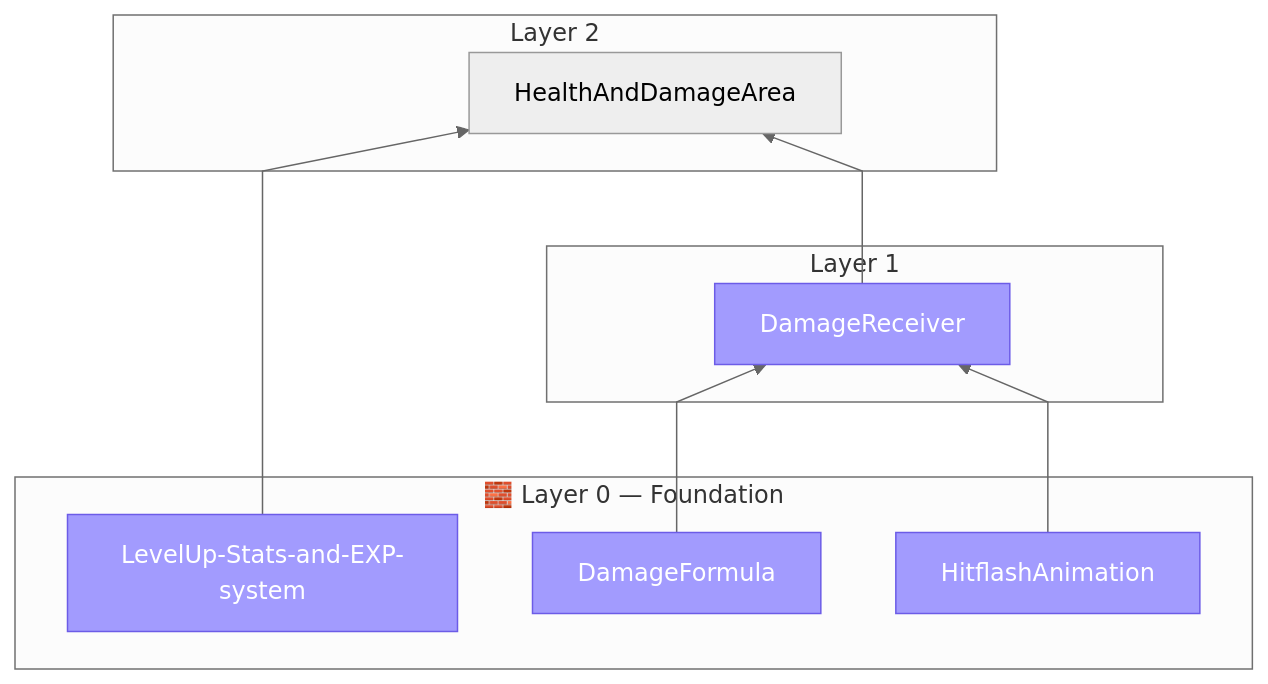
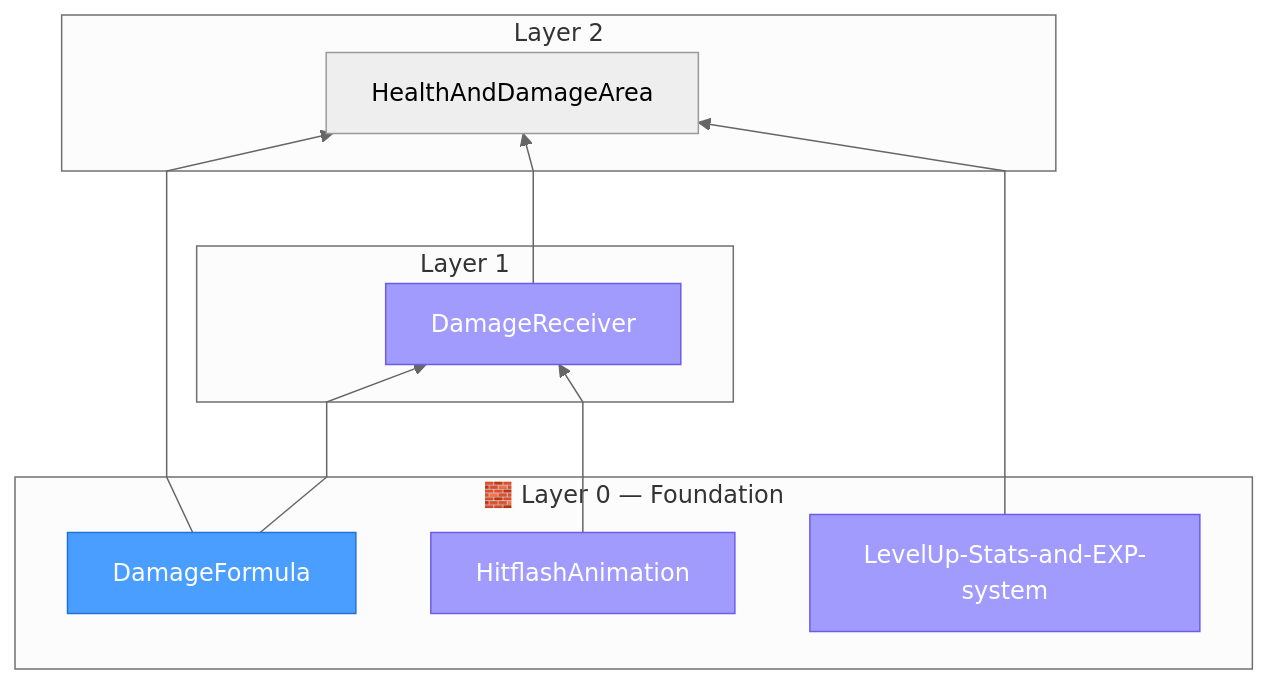
Before and after one commit to ChillCube/.github: the diagram in ADDONS.md, drawn with Mermaid (neutral theme). The commit also changed other lines of this file, not shown here.

Commit message:
registry: update dependency tree

````diff
--- a/ADDONS.md
+++ b/ADDONS.md
@@ -182,35 +182,36 @@
 ```mermaid
 %%{init: {"flowchart": {"curve": "linear"}}}%%
 flowchart BT
     classDef core  fill:#4a9eff,stroke:#2471d4,color:#fff
     classDef shared fill:#a29bfe,stroke:#6c5ce7,color:#fff
     classDef external fill:#fd9644,stroke:#e67e22,color:#fff
 
     subgraph Layer_0["🧱 Layer 0 — Foundation"]
         damageformula["DamageFormula"]
         godot_hitflashanimation["HitflashAnimation"]
         godot_levelup_stats_and_exp_system["LevelUp-Stats-and-EXP-system"]
     end
     subgraph Layer_1["Layer 1"]
         damagereceiver["DamageReceiver"]
     end
     subgraph Layer_2["Layer 2"]
         healthanddamagearea["HealthAndDamageArea"]
     end
 
+    damageformula --> healthanddamagearea
     godot_levelup_stats_and_exp_system --> healthanddamagearea
     damagereceiver --> healthanddamagearea
     damageformula --> damagereceiver
     godot_hitflashanimation --> damagereceiver
 
-    class damageformula shared
+    class damageformula core
     class damagereceiver shared
     class godot_hitflashanimation shared
     class godot_levelup_stats_and_exp_system shared
 
     click damageformula href "https://github.com/ChillCube/DamageFormula" _blank
     click damagereceiver href "https://github.com/ChillCube/DamageReceiver" _blank
     click godot_hitflashanimation href "https://github.com/ChillCube/Godot_HitflashAnimation" _blank
     click godot_levelup_stats_and_exp_system href "https://github.com/ChillCube/Godot_LevelUp-Stats-and-EXP-system" _blank
     click healthanddamagearea href "https://github.com/ChillCube/HealthAndDamageArea" _blank
 ```
````
